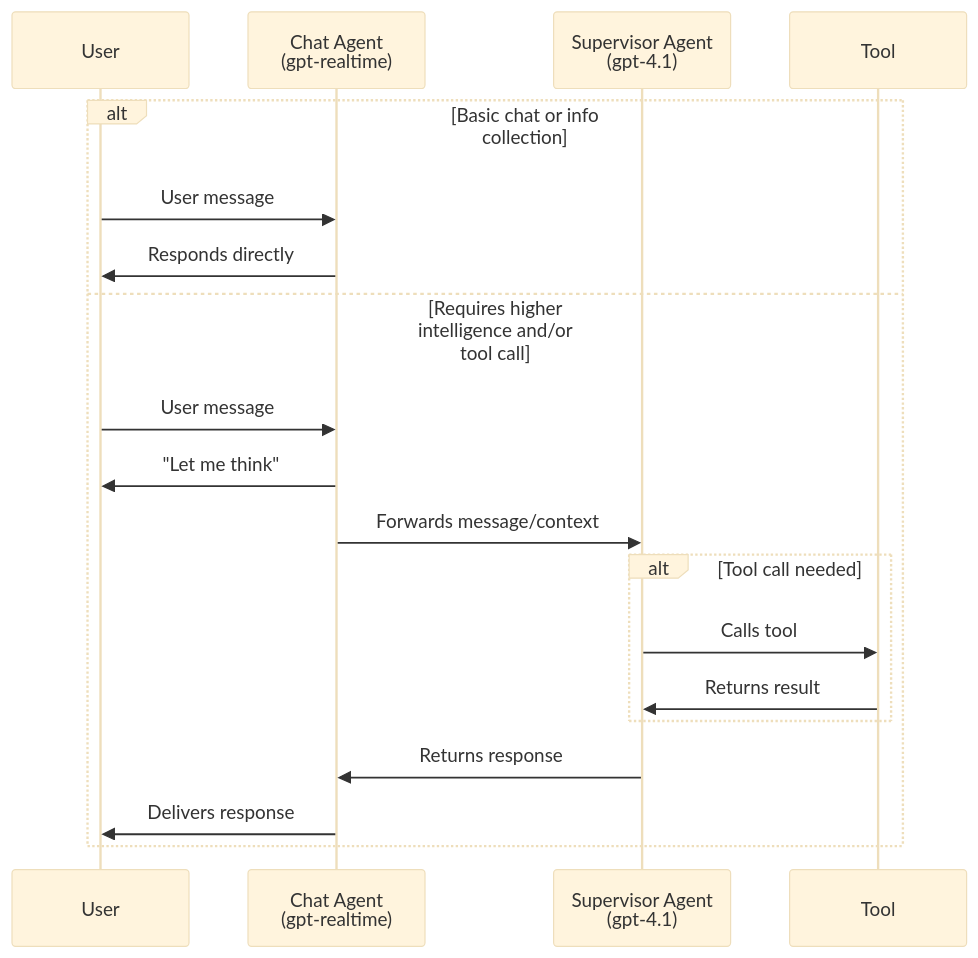
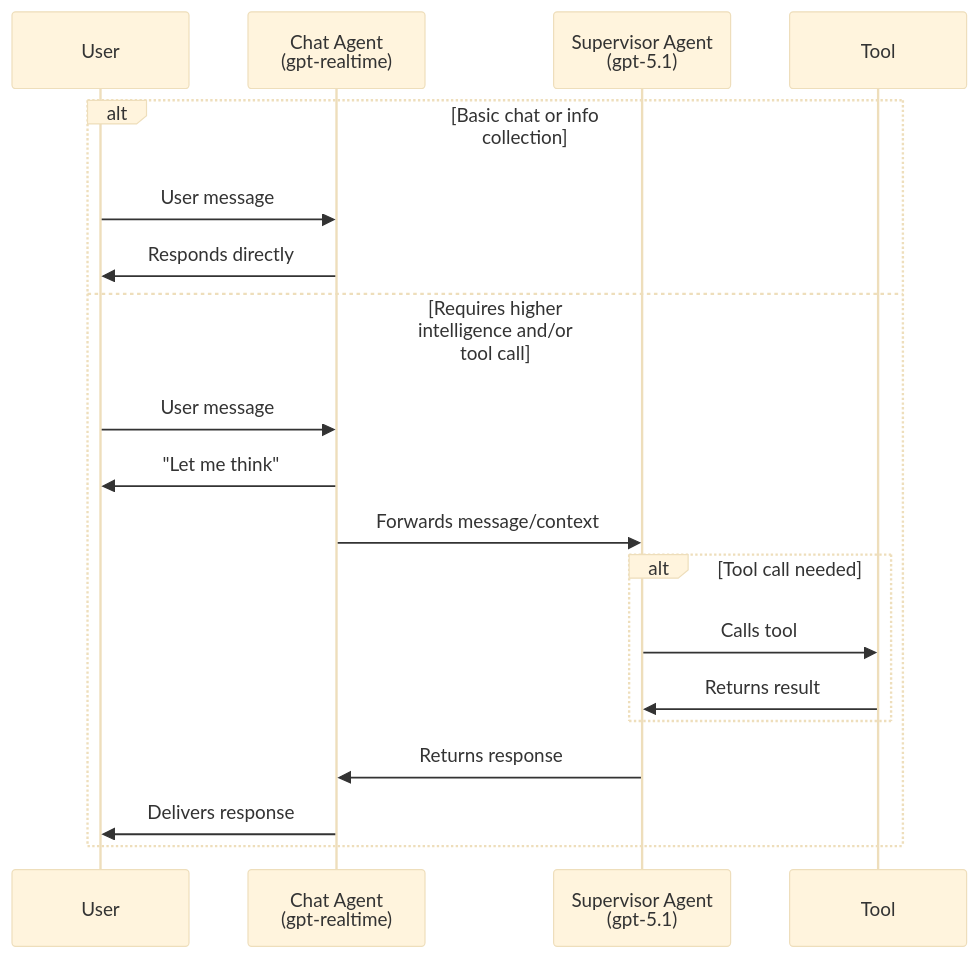
Before and after one commit to BranchManager69/dexter-agents: the first of 2 diagrams in README.md, drawn with Mermaid (base theme). The commit also changed other lines of this file and 2 other files, not shown here.

````diff
--- a/README.md
+++ b/README.md
@@ -41,22 +41,22 @@
 ```mermaid
 sequenceDiagram
     participant User
     participant ChatAgent as Chat Agent<br/>(gpt-realtime)
-    participant Supervisor as Supervisor Agent<br/>(gpt-4.1)
+    participant Supervisor as Supervisor Agent<br/>(gpt-5.1)
     participant Tool as Tool
 
     alt Basic chat or info collection
         User->>ChatAgent: User message
         ChatAgent->>User: Responds directly
     else Requires higher intelligence and/or tool call
         User->>ChatAgent: User message
         ChatAgent->>User: "Let me think"
         ChatAgent->>Supervisor: Forwards message/context
         alt Tool call needed
             Supervisor->>Tool: Calls tool
             Tool->>Supervisor: Returns result
         end
         Supervisor->>ChatAgent: Returns response
         ChatAgent->>User: Delivers response
     end
 ```
````
